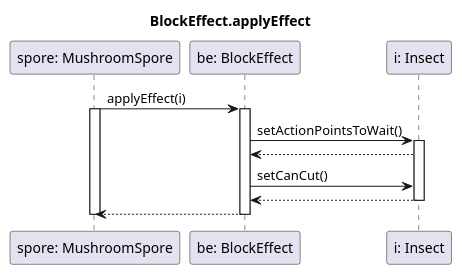
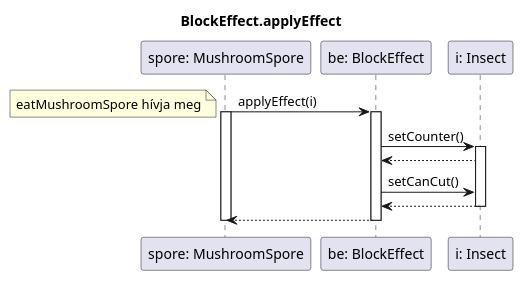
One commit to dzsem/projlab changed the diagram in diagrams/sequence/effects/blockeffect.plantuml. Above: the diagram before and after it, drawn with PlantUML. The commit also changed 3 other files, not shown here.

```diff
--- a/diagrams/sequence/effects/blockeffect.plantuml
+++ b/diagrams/sequence/effects/blockeffect.plantuml
@@ -1,25 +1,26 @@
 @startuml BlockEffect
 title BlockEffect.applyEffect
 
 participant "spore: MushroomSpore" as spore
 participant "be: BlockEffect" as effect
 participant "i: Insect" as insect
 
 spore-> effect : applyEffect(i)
+note left: eatMushroomSpore hívja meg
 activate spore
 activate effect
 
-effect->insect:setActionPointsToWait()
+effect->insect:setCounter()
 activate insect
 
 effect<--insect
 
 effect->insect:setCanCut()
 effect<--insect
 deactivate insect
 
 spore<--effect
 deactivate effect
 deactivate spore
 
 @enduml
```
